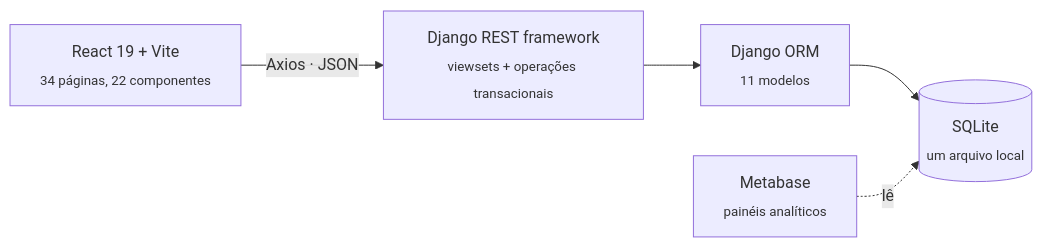
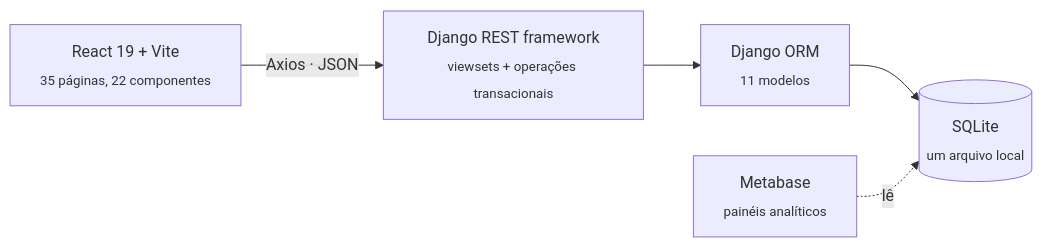
One commit to KaueFSS/Kyra-Market changed the diagram in README.md. Above: the diagram before and after it, drawn with Mermaid. The commit also changed other lines of this file, not shown here.

````diff
--- a/README.md
+++ b/README.md
@@ -101,7 +107,7 @@
 ```mermaid
 flowchart LR
-    UI["React 19 + Vite<br/><sub>34 páginas, 22 componentes</sub>"] -- "Axios · JSON" --> API["Django REST framework<br/><sub>viewsets + operações transacionais</sub>"]
+    UI["React 19 + Vite<br/><sub>35 páginas, 22 componentes</sub>"] -- "Axios · JSON" --> API["Django REST framework<br/><sub>viewsets + operações transacionais</sub>"]
     API --> ORM["Django ORM<br/><sub>11 modelos</sub>"]
     ORM --> DB[("SQLite<br/><sub>um arquivo local</sub>")]
     MB["Metabase<br/><sub>painéis analíticos</sub>"] -. "lê" .-> DB
 ```
````
